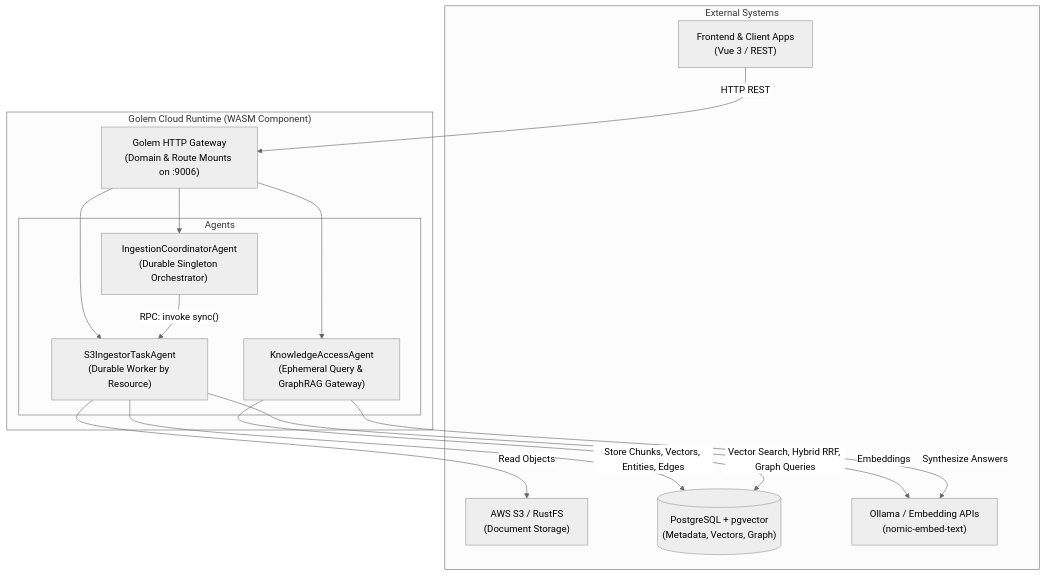
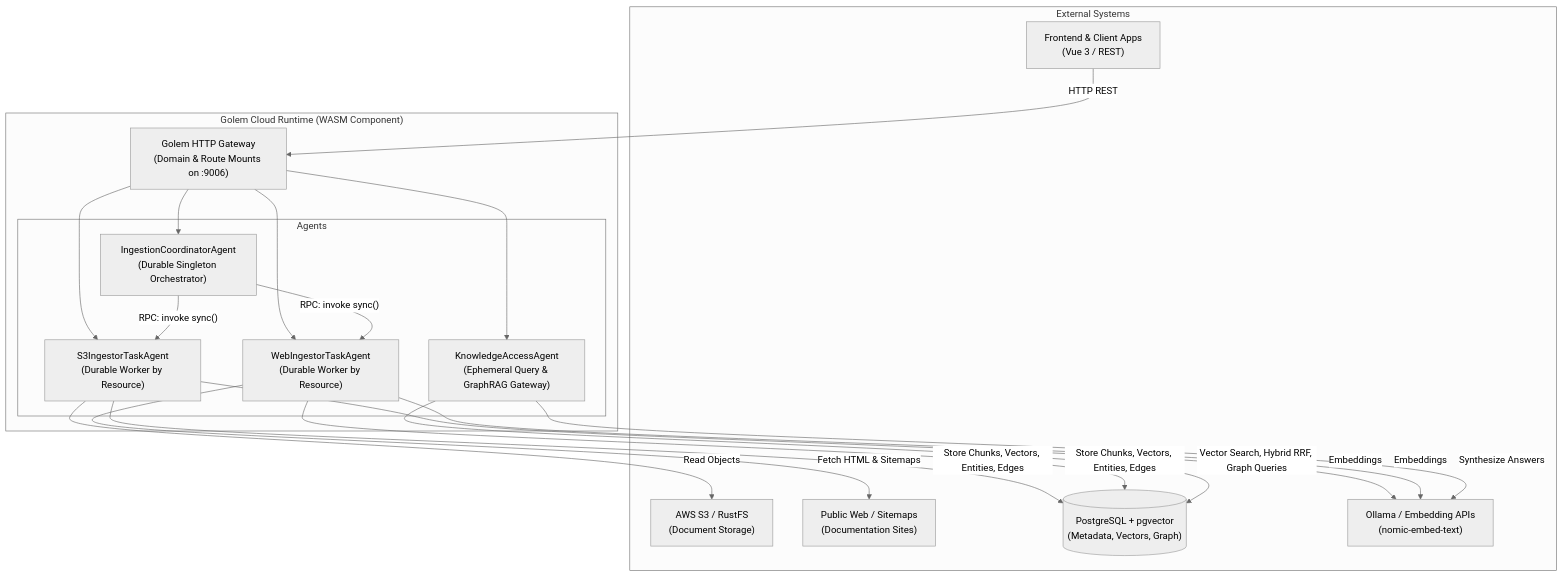
Before and after one commit to justcoon/golem-kgs-effect: the first of 2 diagrams in README.md, drawn with Mermaid (neutral theme). The commit also changed other lines of this file and 20 other files, not shown here.

Commit message:
web resource

````diff
--- a/README.md
+++ b/README.md
@@ -9,32 +9,40 @@
 ```mermaid
 flowchart TD
     subgraph External["External Systems"]
         S3["AWS S3 / RustFS<br/>(Document Storage)"]
+        Web["Public Web / Sitemaps<br/>(Documentation Sites)"]
         PG[("PostgreSQL + pgvector<br/>(Metadata, Vectors, Graph)")]
         LLM["Ollama / Embedding APIs<br/>(nomic-embed-text)"]
         Client["Frontend & Client Apps<br/>(Vue 3 / REST)"]
     end
 
     subgraph Golem["Golem Cloud Runtime (WASM Component)"]
         GW["Golem HTTP Gateway<br/>(Domain & Route Mounts on :9006)"]
 
         subgraph Agents["Agents"]
             Coord["IngestionCoordinatorAgent<br/>(Durable Singleton Orchestrator)"]
             S3Worker["S3IngestorTaskAgent<br/>(Durable Worker by Resource)"]
+            WebWorker["WebIngestorTaskAgent<br/>(Durable Worker by Resource)"]
             Access["KnowledgeAccessAgent<br/>(Ephemeral Query & GraphRAG Gateway)"]
         end
     end
 
     Client -->|HTTP REST| GW
     GW --> Access
     GW --> Coord
     GW --> S3Worker
+    GW --> WebWorker
 
     Coord -->|"RPC: invoke sync()"| S3Worker
+    Coord -->|"RPC: invoke sync()"| WebWorker
     S3Worker -->|"Read Objects"| S3
     S3Worker -->|"Embeddings"| LLM
     S3Worker -->|"Store Chunks, Vectors, Entities, Edges"| PG
 
+    WebWorker -->|"Fetch HTML & Sitemaps"| Web
+    WebWorker -->|"Embeddings"| LLM
+    WebWorker -->|"Store Chunks, Vectors, Entities, Edges"| PG
+
     Access -->|"Vector Search, Hybrid RRF, Graph Queries"| PG
     Access -->|"Synthesize Answers"| LLM
 ```
````
